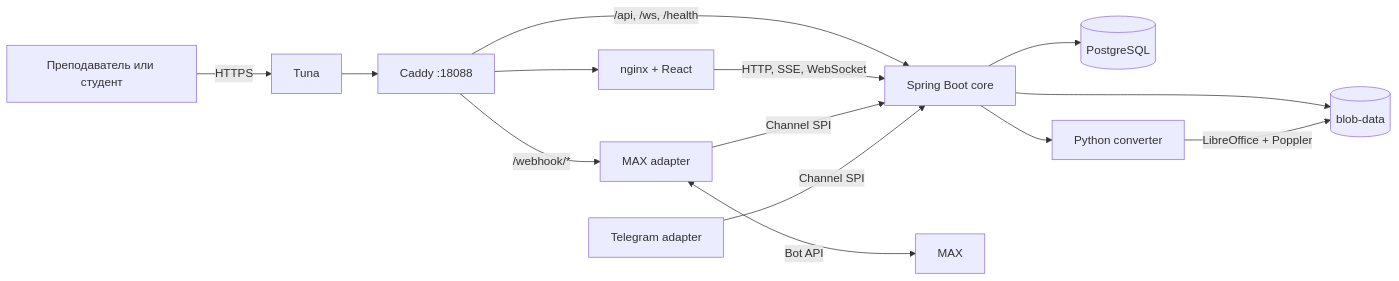
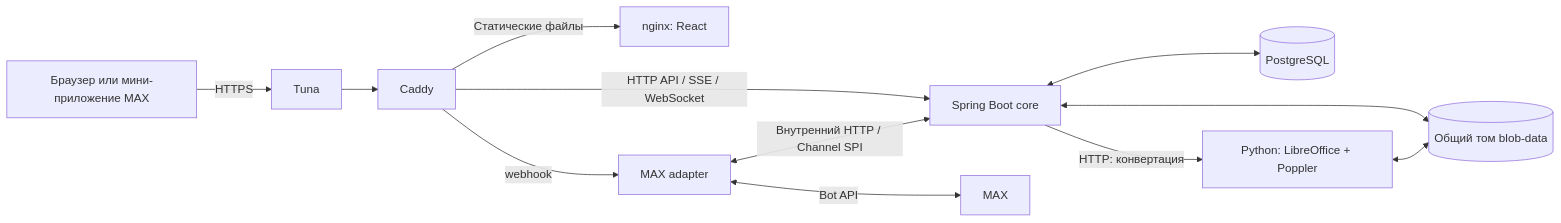
Before and after one commit to MrHolly0/lecturer-assistant-v2: the diagram in README.md, drawn with Mermaid. The commit also changed other lines of this file and 22 other files, not shown here.

````diff
--- a/README.md
+++ b/README.md
@@ -28,16 +28,14 @@
 ```mermaid
 flowchart LR
-    U[Преподаватель или студент] -->|HTTPS| T[Tuna]
-    T --> D[Caddy :18088]
-    D --> W[nginx + React]
-    D -->|/api, /ws, /health| C[Spring Boot core]
-    D -->|/webhook/*| M[MAX adapter]
-    W -->|HTTP, SSE, WebSocket| C
-    C --> P[(PostgreSQL)]
-    C --> V[(blob-data)]
-    C --> R[Python converter]
-    R -->|LibreOffice + Poppler| V
+    U[Браузер или мини-приложение MAX] -->|HTTPS| T[Tuna]
+    T --> D[Caddy]
+    D -->|Статические файлы| W[nginx: React]
+    D -->|HTTP API / SSE / WebSocket| C[Spring Boot core]
+    D -->|webhook| M[MAX adapter]
+    C <--> P[(PostgreSQL)]
+    C <--> V[(Общий том blob-data)]
+    C -->|HTTP: конвертация| R[Python: LibreOffice + Poppler]
+    R <--> V
     M <-->|Bot API| X[MAX]
-    M -->|Channel SPI| C
-    G[Telegram adapter] -->|Channel SPI| C
+    M <-->|Внутренний HTTP / Channel SPI| C
 ```
````
